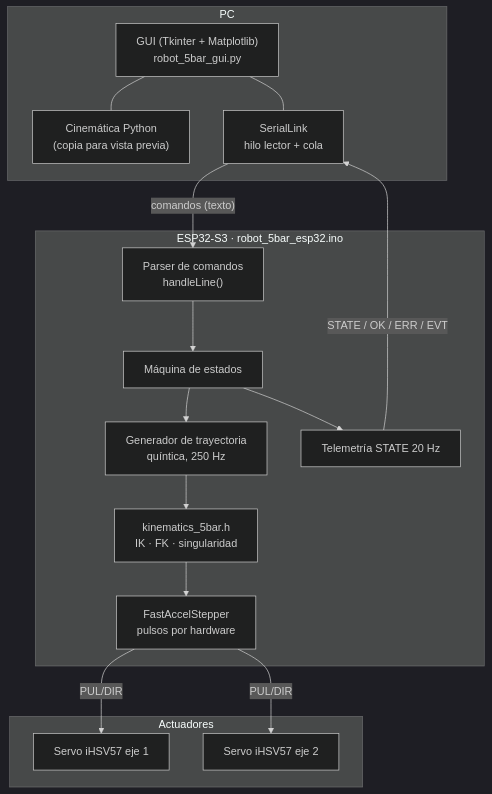
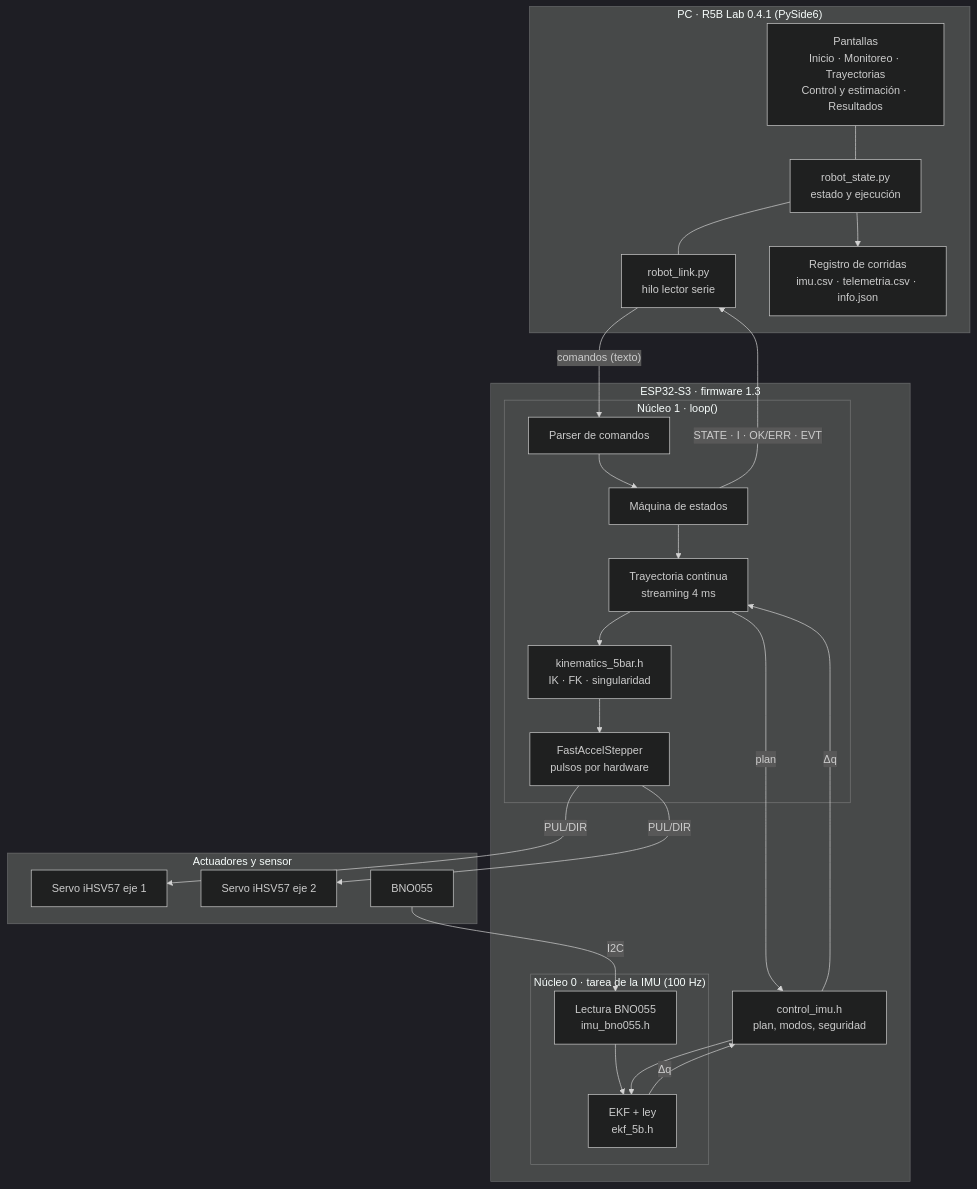
The first of 4 diagrams in docs/05-arquitectura-software.md (Luna-stack133/Robot-5-barras), drawn with Mermaid (dark theme) before and after one commit. The commit also changed other lines of this file and 92 other files, not shown here.

````diff
--- a/docs/05-arquitectura-software.md
+++ b/docs/05-arquitectura-software.md
@@ -7,28 +7,39 @@
 ```mermaid
 flowchart TB
-    subgraph PC["PC"]
-        GUI["GUI (Tkinter + Matplotlib)<br/>robot_5bar_gui.py"]
-        KPY["Cinemática Python<br/>(copia para vista previa)"]
-        SL["SerialLink<br/>hilo lector + cola"]
-        GUI --- KPY
-        GUI --- SL
+    subgraph PC["PC · R5B Lab 0.4.1 (PySide6)"]
+        UI["Pantallas<br/>Inicio · Monitoreo · Trayectorias<br/>Control y estimación · Resultados"]
+        ST["robot_state.py<br/>estado y ejecución"]
+        LINK["robot_link.py<br/>hilo lector serie"]
+        REG["Registro de corridas<br/>imu.csv · telemetria.csv · info.json"]
+        UI --- ST --- LINK
+        ST --> REG
     end
-    subgraph MCU["ESP32-S3 · robot_5bar_esp32.ino"]
-        PARSER["Parser de comandos<br/>handleLine()"]
-        FSM["Máquina de estados"]
-        TRAJ["Generador de trayectoria<br/>quíntica, 250 Hz"]
-        KIN["kinematics_5bar.h<br/>IK · FK · singularidad"]
-        FAS["FastAccelStepper<br/>pulsos por hardware"]
-        TEL["Telemetría STATE 20 Hz"]
-        PARSER --> FSM --> TRAJ --> KIN --> FAS
-        FSM --> TEL
+    subgraph MCU["ESP32-S3 · firmware 1.3"]
+        subgraph C1["Núcleo 1 · loop()"]
+            PARSER["Parser de comandos"]
+            FSM["Máquina de estados"]
+            TRAJ["Trayectoria continua<br/>streaming 4 ms"]
+            KIN["kinematics_5bar.h<br/>IK · FK · singularidad"]
+            FAS["FastAccelStepper<br/>pulsos por hardware"]
+            PARSER --> FSM --> TRAJ --> KIN --> FAS
+        end
+        subgraph C0["Núcleo 0 · tarea de la IMU (100 Hz)"]
+            IMUR["Lectura BNO055<br/>imu_bno055.h"]
+            EKF["EKF + ley<br/>ekf_5b.h"]
+            IMUR --> EKF
+        end
+        CTL["control_imu.h<br/>plan, modos, seguridad"]
+        TRAJ -- "plan" --> CTL --> EKF
+        EKF -- "Δq" --> CTL -- "Δq" --> TRAJ
     end
-    subgraph ACT["Actuadores"]
+    subgraph ACT["Actuadores y sensor"]
         S1["Servo iHSV57 eje 1"]
         S2["Servo iHSV57 eje 2"]
+        BNO["BNO055"]
     end
-    SL -- "comandos (texto)" --> PARSER
-    TEL -- "STATE / OK / ERR / EVT" --> SL
+    LINK -- "comandos (texto)" --> PARSER
+    FSM -- "STATE · I · OK/ERR · EVT" --> LINK
     FAS -- "PUL/DIR" --> S1
     FAS -- "PUL/DIR" --> S2
+    BNO -- "I2C" --> IMUR
 ```
````
